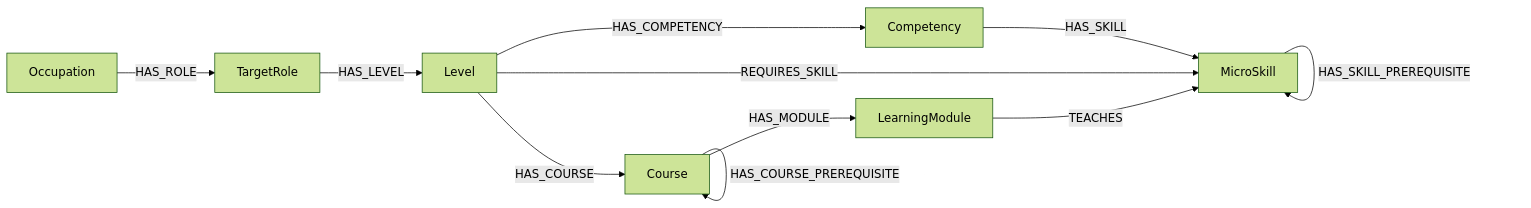
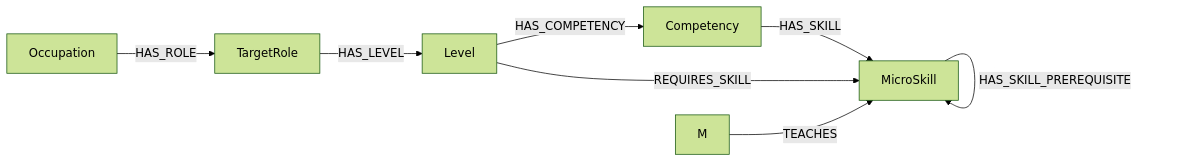
Before and after one commit to SEP490-Fall-2026-GFA26SE64/SEP490: the diagram in documents/neo4j_schema.md, drawn with Mermaid (forest theme). The commit also changed other lines of this file and 202 other files, not shown here.

````diff
--- a/documents/neo4j_schema.md
+++ b/documents/neo4j_schema.md
@@ -13,13 +13,10 @@
 ```mermaid
 flowchart LR
  O[Occupation] -->|HAS_ROLE| R[TargetRole]
  R -->|HAS_LEVEL| L[Level]
  L -->|HAS_COMPETENCY| C[Competency]
  C -->|HAS_SKILL| S[MicroSkill]
  L -->|REQUIRES_SKILL| S
- L -->|HAS_COURSE| K[Course]
- K -->|HAS_MODULE| M[LearningModule]
  M -->|TEACHES| S
- K -->|HAS_COURSE_PREREQUISITE| K
  S -->|HAS_SKILL_PREREQUISITE| S
 ```
````
